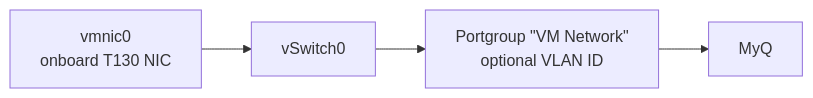
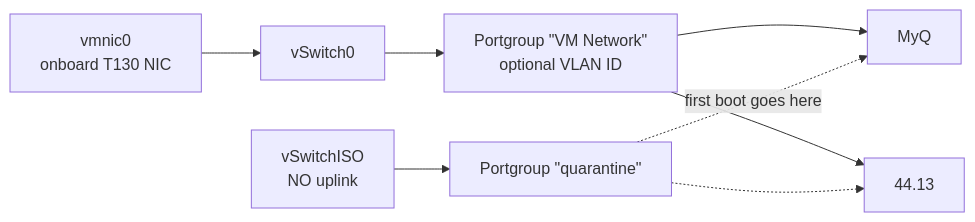
One commit to aniksarakash/VFMS_Recovery changed the third of 5 diagrams in MIGRATION.md. Above: the diagram before and after it, drawn with Mermaid. The commit also changed other lines of this file and 1 other file, not shown here.

````diff
--- a/MIGRATION.md
+++ b/MIGRATION.md
@@ -221,6 +411,10 @@
 ```mermaid
 flowchart LR
   NIC["vmnic0<br/>onboard T130 NIC"] --> VSW["vSwitch0"]
   VSW --> PG["Portgroup &quot;VM Network&quot;<br/>optional VLAN ID"]
   PG --> V1["MyQ"]
+  PG --> V2["44.13"]
+  ISO["vSwitchISO<br/>NO uplink"] --> PGQ["Portgroup &quot;quarantine&quot;"]
+  PGQ -.->|"first boot goes here"| V1
+  PGQ -.-> V2
 ```
````
